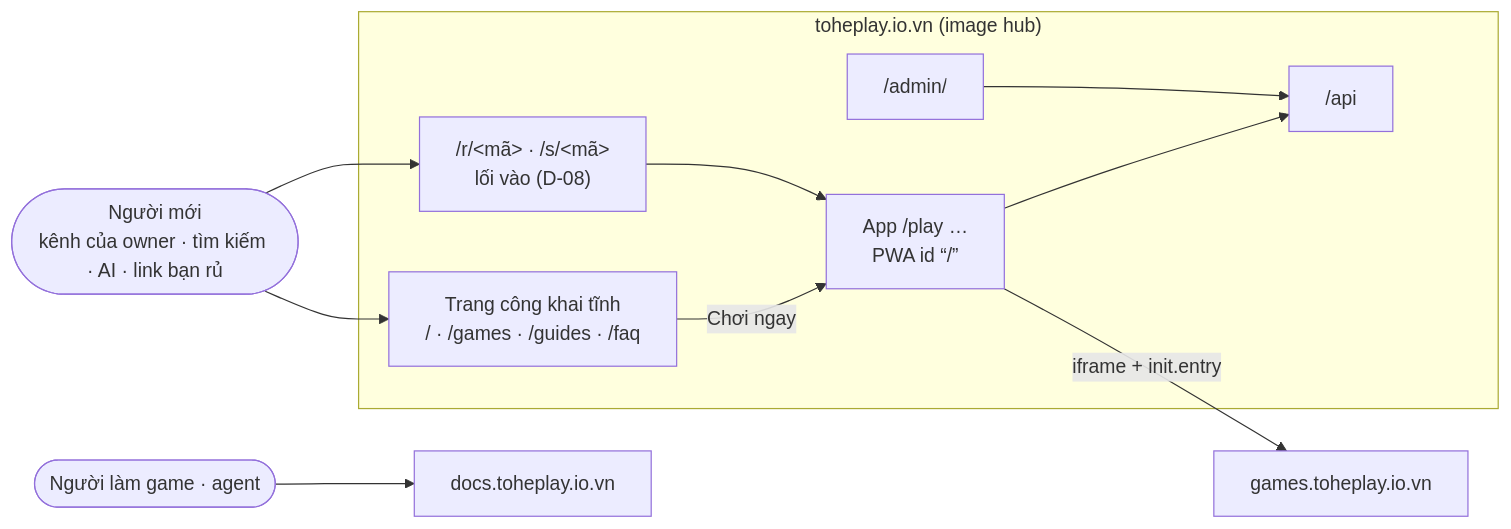
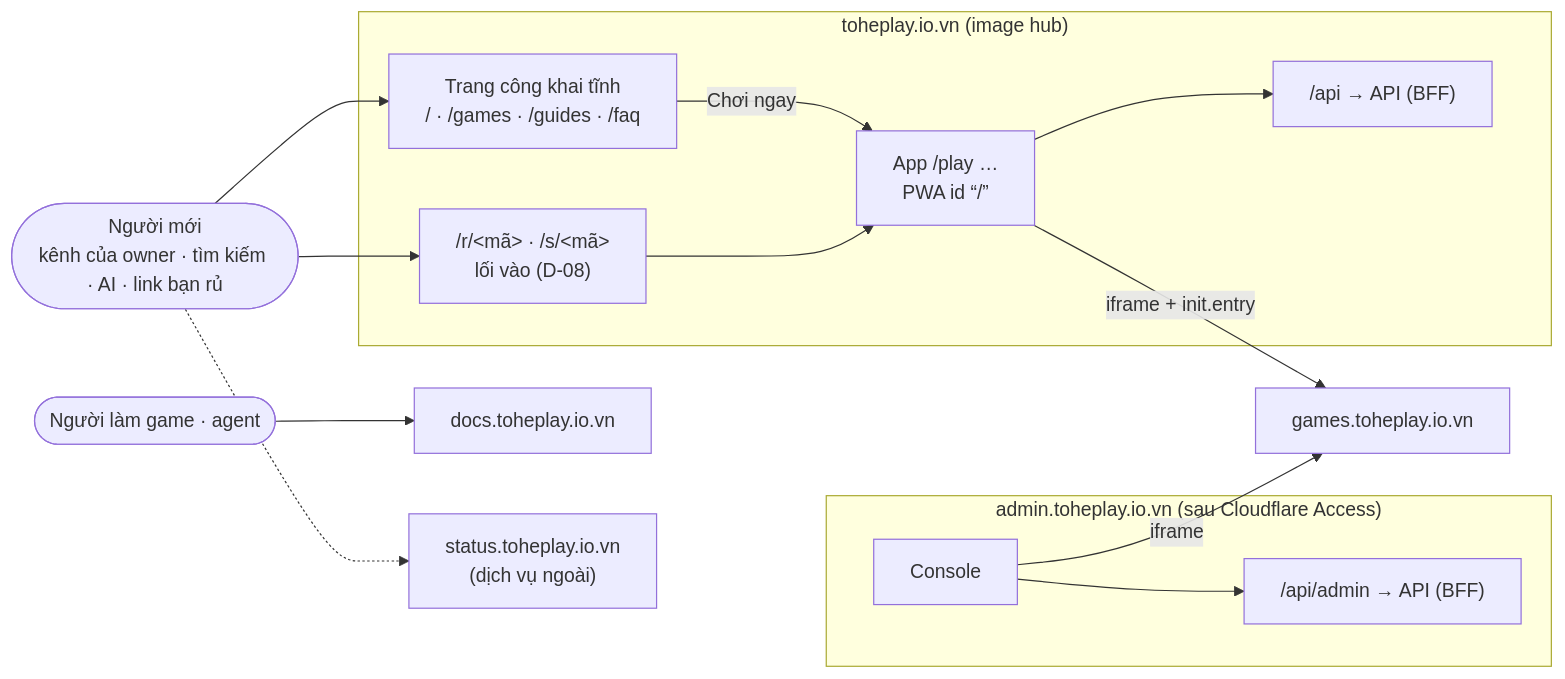
One commit to vinh466/tohe-play changed the first of 2 diagrams in plans/product-surface/design.md. Above: the diagram before and after it, drawn with Mermaid. The commit also changed other lines of this file and 6 other files, not shown here.

````diff
--- a/plans/product-surface/design.md
+++ b/plans/product-surface/design.md
@@ -16,13 +16,17 @@
 ```mermaid
 flowchart LR
   person([Người mới<br/>kênh của owner · tìm kiếm · AI · link bạn rủ]) --> pub
   subgraph root ["toheplay.io.vn (image hub)"]
     pub["Trang công khai tĩnh<br/>/ · /games · /guides · /faq"] -- "Chơi ngay" --> app
     links["/r/&lt;mã&gt; · /s/&lt;mã&gt;<br/>lối vào (D-08)"] --> app["App /play …<br/>PWA id “/”"]
-    app --> api["/api"]
-    admin["/admin/"] --> api
+    app --> api["/api → API (BFF)"]
+  end
+  subgraph ops ["admin.toheplay.io.vn (sau Cloudflare Access)"]
+    console["Console"] --> aapi["/api/admin → API (BFF)"]
   end
   person --> links
   app -- iframe + init.entry --> games["games.toheplay.io.vn"]
+  console -- iframe --> games
   dev([Người làm game · agent]) --> docs["docs.toheplay.io.vn"]
+  person -.-> status["status.toheplay.io.vn<br/>(dịch vụ ngoài)"]
 ```
````
